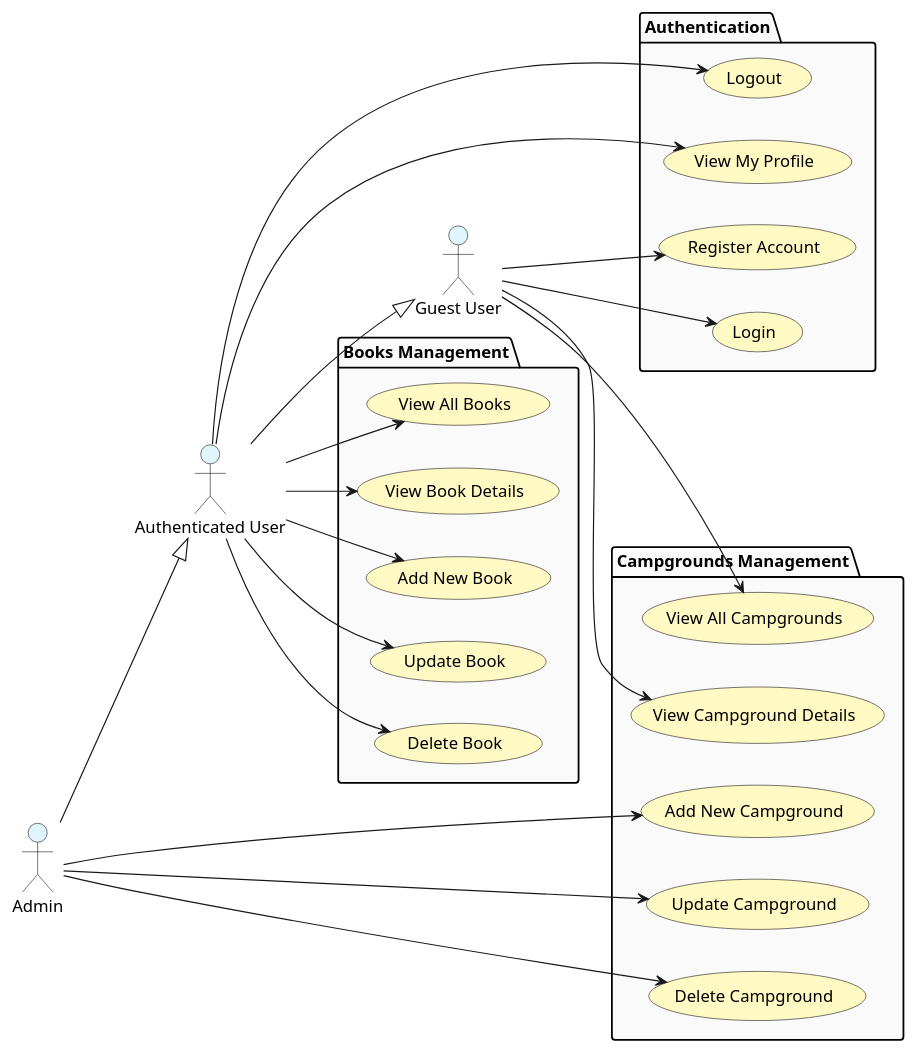
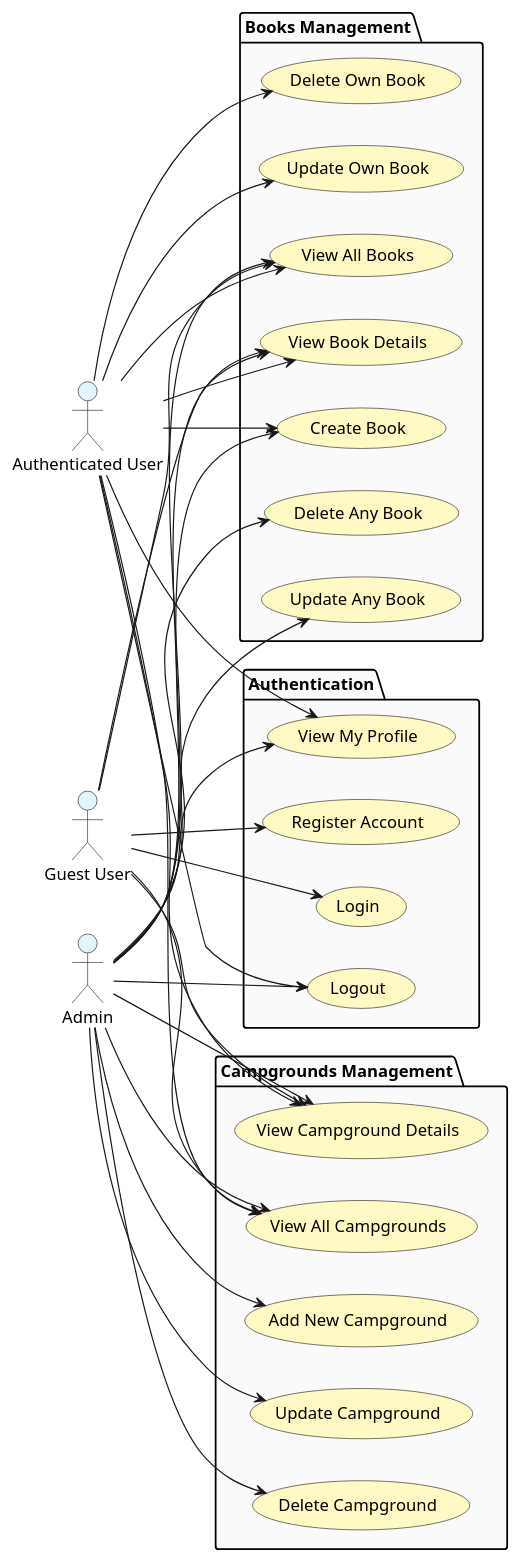
Before and after one commit to 2110503-CEDT68/be-project-68-groupname: the diagram in UseCaseDiagram.puml, drawn with PlantUML. The commit also changed 1 other file, not shown here.

```diff
--- a/UseCaseDiagram.puml
+++ b/UseCaseDiagram.puml
@@ -1,60 +1,71 @@
 @startuml UseCaseDiagram
 
 skinparam actorBackgroundColor #E1F5FF
 skinparam usecaseBackgroundColor #FFF9C4
 skinparam packageBackgroundColor #FAFAFA
 skinparam shadowing false
 left to right direction
 
 actor "Guest User" as Guest
 actor "Authenticated User" as User
 actor "Admin" as Admin
 
-' Actor hierarchy
-User --|> Guest
-Admin --|> User
-
 package "Authentication" {
     usecase "Register Account" as UC_Register
     usecase "Login" as UC_Login
     usecase "Logout" as UC_Logout
     usecase "View My Profile" as UC_GetProfile
 }
 
 package "Books Management" {
     usecase "View All Books" as UC_GetBooks
     usecase "View Book Details" as UC_GetBook
-    usecase "Add New Book" as UC_AddBook
-    usecase "Update Book" as UC_UpdateBook
-    usecase "Delete Book" as UC_DeleteBook
+    usecase "Create Book" as UC_AddBook
+    usecase "Update Own Book" as UC_UpdateOwn
+    usecase "Delete Own Book" as UC_DeleteOwn
+    usecase "Update Any Book" as UC_UpdateAny
+    usecase "Delete Any Book" as UC_DeleteAny
 }
 
 package "Campgrounds Management" {
     usecase "View All Campgrounds" as UC_GetCampgrounds
     usecase "View Campground Details" as UC_GetCampground
     usecase "Add New Campground" as UC_AddCampground
     usecase "Update Campground" as UC_UpdateCampground
     usecase "Delete Campground" as UC_DeleteCampground
 }
 
-' Guest permissions
+' ===== Guest =====
 Guest --> UC_Register
 Guest --> UC_Login
+Guest --> UC_GetBooks
+Guest --> UC_GetBook
 Guest --> UC_GetCampgrounds
 Guest --> UC_GetCampground
 
-' Authenticated User additional permissions
+' ===== Authenticated User =====
 User --> UC_Logout
 User --> UC_GetProfile
 User --> UC_GetBooks
 User --> UC_GetBook
 User --> UC_AddBook
-User --> UC_UpdateBook
-User --> UC_DeleteBook
+User --> UC_UpdateOwn
+User --> UC_DeleteOwn
+User --> UC_GetCampgrounds
+User --> UC_GetCampground
 
-' Admin exclusive permissions
+' ===== Admin =====
+Admin --> UC_Logout
+Admin --> UC_GetProfile
+Admin --> UC_GetBooks
+Admin --> UC_GetBook
+Admin --> UC_AddBook
+Admin --> UC_UpdateAny
+Admin --> UC_DeleteAny
+Admin --> UC_GetCampgrounds
+Admin --> UC_GetCampground
 Admin --> UC_AddCampground
 Admin --> UC_UpdateCampground
 Admin --> UC_DeleteCampground
 
 @enduml
```
